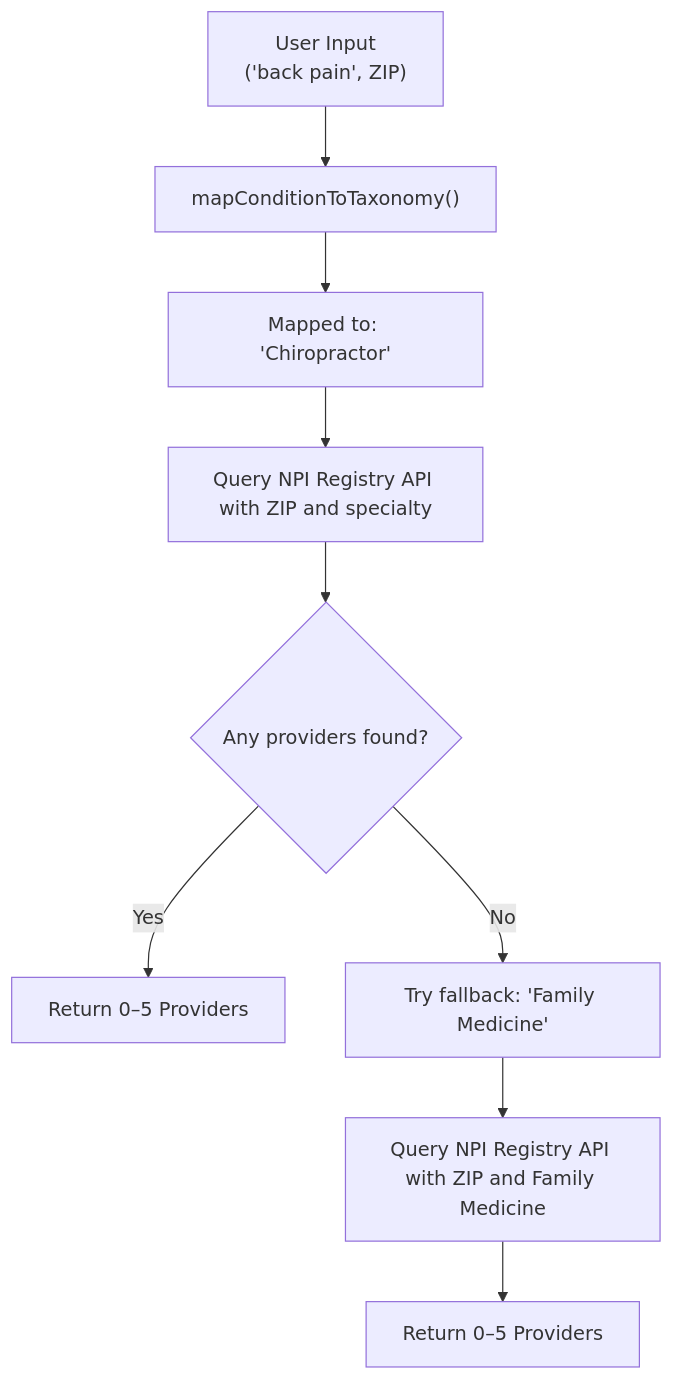
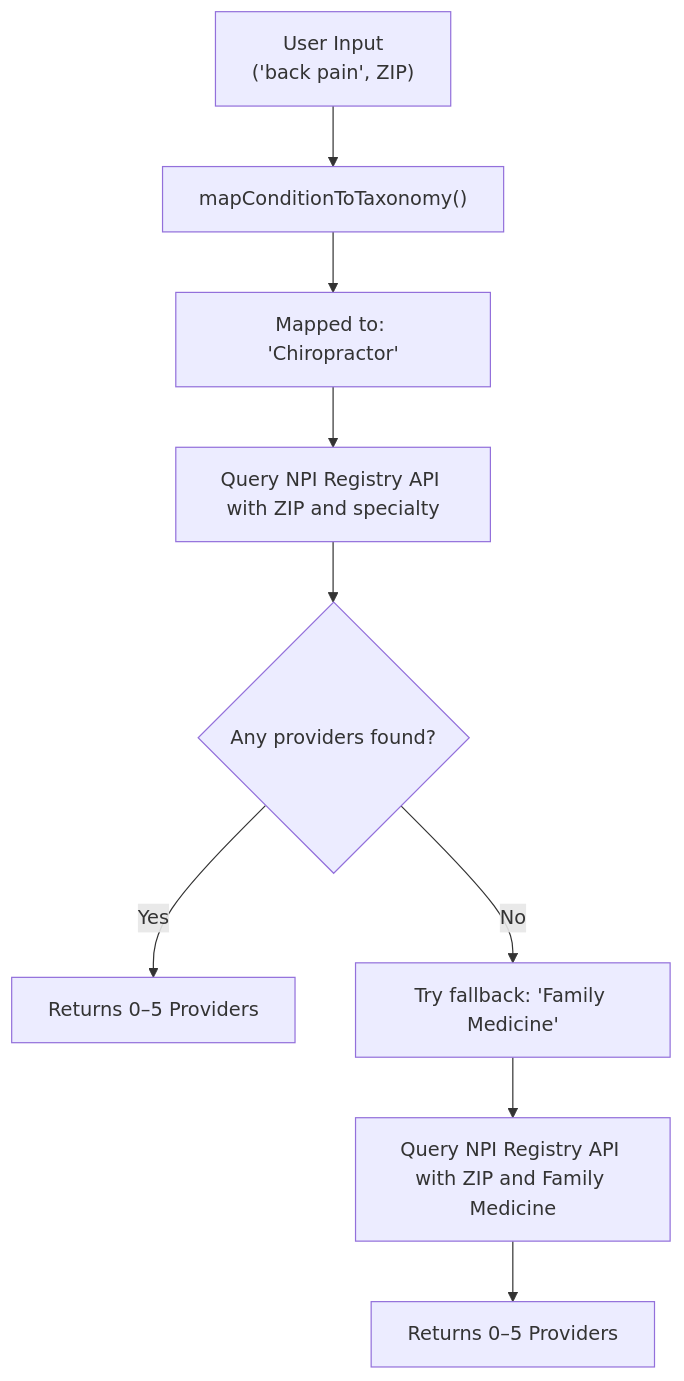
Before and after one commit to pd52694/healthcare-provider-finder: the second of 2 diagrams in README.md, drawn with Mermaid.

````diff
--- a/README.md
+++ b/README.md
@@ -123,12 +123,12 @@
 ```mermaid
 flowchart TD
     A["User Input
        ('back pain', ZIP)"] --> B["mapConditionToTaxonomy()"]
     B --> C["Mapped to: 'Chiropractor'"]
     C --> D["Query NPI Registry API with ZIP and specialty"]
     D --> E{"Any providers found?"}
-    E -- Yes --> F["Return 0–5 Providers"]
+    E -- Yes --> F["Returns 0–5 Providers"]
     E -- No --> G["Try fallback: 'Family Medicine'"]
     G --> H["Query NPI Registry API with ZIP and Family Medicine"]
-    H --> I["Return 0–5 Providers"]
+    H --> I["Returns 0–5 Providers"]
 ```
````
